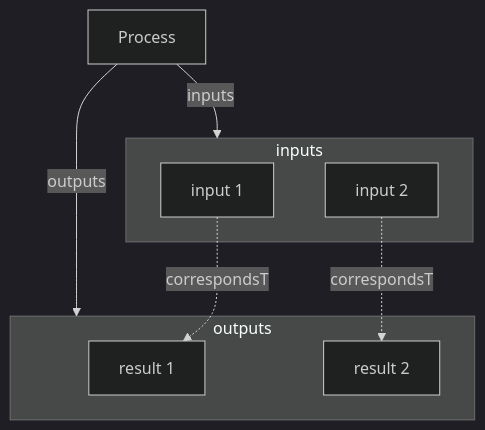
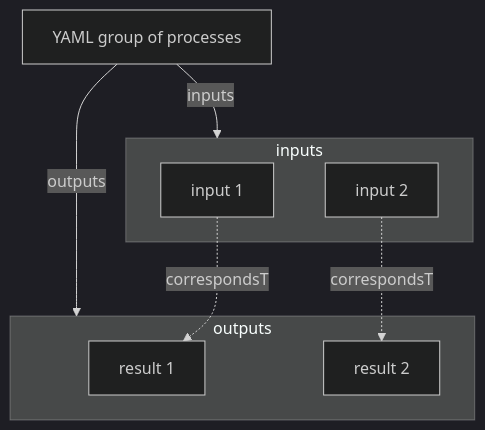
One commit to HLWeil/ARC-base-model changed the second of 2 diagrams in docs/spec/process_provenance/Process.md. Above: the diagram before and after it, drawn with Mermaid (dark theme). The commit also changed other lines of this file and 1 other file, not shown here.

Commit message:
docs: clarify singular process endpoints and mappings

````diff
--- a/docs/spec/process_provenance/Process.md
+++ b/docs/spec/process_provenance/Process.md
@@ -52,20 +60,21 @@
 ```mermaid
 flowchart TD
 
     subgraph inputs
         o1[input 1]
         o2[input 2]
     end
 
     subgraph outputs
         r1[result 1]
         r2[result 2]
     end
 
-    Process --inputs--> inputs
-    Process --"outputs"--> outputs
+    group["YAML group of processes"]
+    group --inputs--> inputs
+    group --"outputs"--> outputs
 
     o1 -.correspondsTo.-> r1
     o2 -.correspondsTo.-> r2
 
 ```
````
